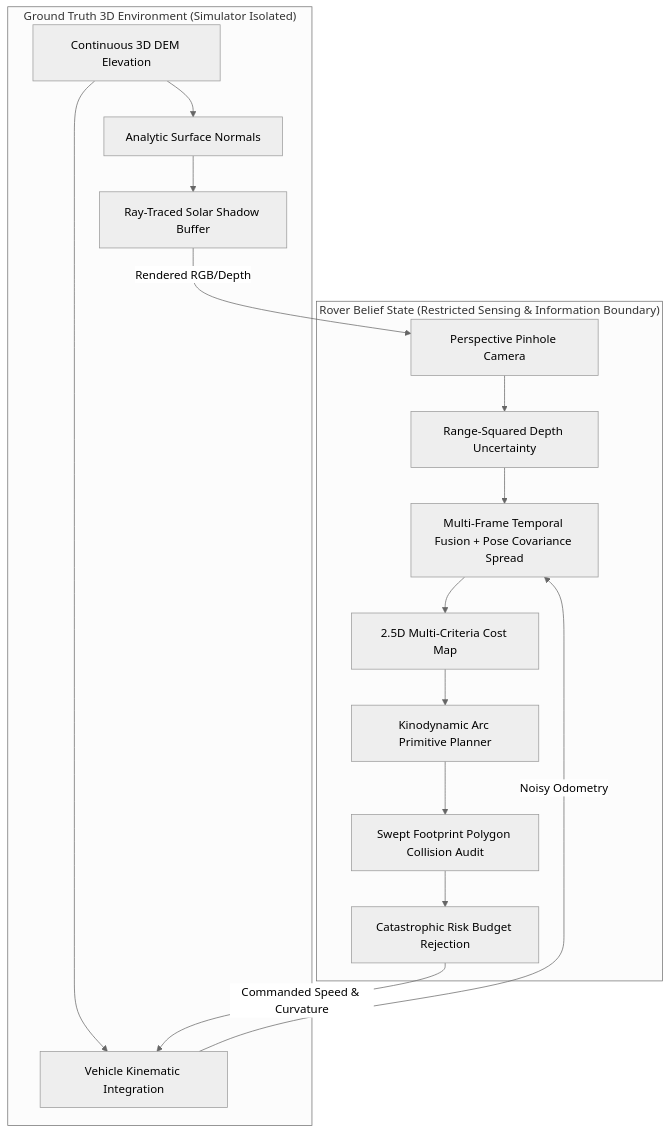
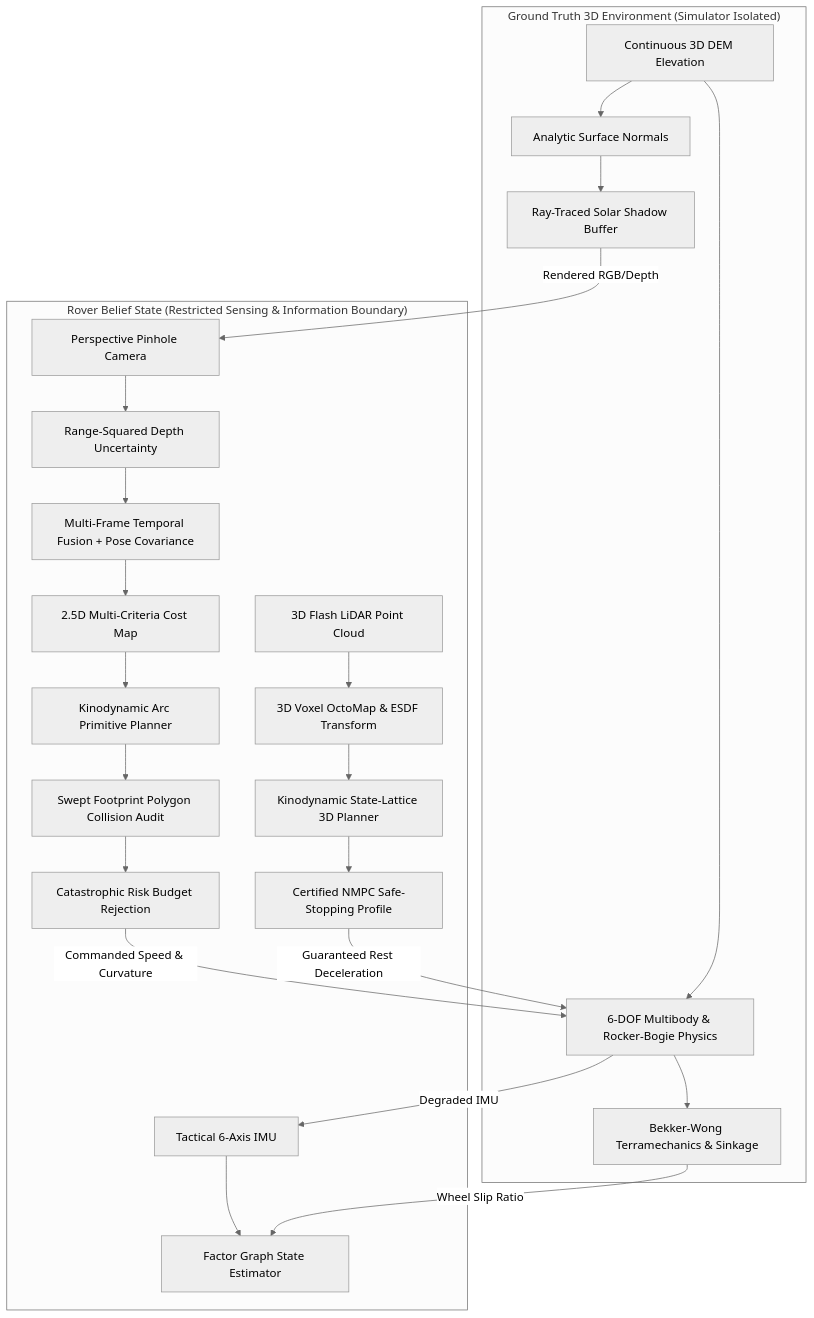
One commit to ananya39836-blip/apps-mars-perception changed the diagram in README.md. Above: the diagram before and after it, drawn with Mermaid (neutral theme). The commit also changed other lines of this file and 27 other files, not shown here.

Commit message:
feat(level3): achieve L3-met (internal) with 59/59 passing tests, 6-DOF multibody physics, terramechanics, and interactive Streamlit demo

````diff
--- a/README.md
+++ b/README.md
@@ -22,21 +28,28 @@
 ```mermaid
 flowchart TD
     subgraph GroundTruth3D ["Ground Truth 3D Environment (Simulator Isolated)"]
         DEM[Continuous 3D DEM Elevation] --> Normals[Analytic Surface Normals]
         Normals --> SunTrace[Ray-Traced Solar Shadow Buffer]
-        DEM --> PhysicsStep[Vehicle Kinematic Integration]
+        DEM --> PhysicsStep[6-DOF Multibody & Rocker-Bogie Physics]
+        PhysicsStep --> SoilInt[Bekker-Wong Terramechanics & Sinkage]
     end
 
     subgraph PerceptionNav ["Rover Belief State (Restricted Sensing & Information Boundary)"]
         Camera[Perspective Pinhole Camera] --> DepthReproj[Range-Squared Depth Uncertainty]
-        DepthReproj --> TempFusion[Multi-Frame Temporal Fusion + Pose Covariance Spread]
+        FlashLiDAR[3D Flash LiDAR Point Cloud] --> OctoMap[3D Voxel OctoMap & ESDF Transform]
+        TacticalIMU[Tactical 6-Axis IMU] --> FactorGraph[Factor Graph State Estimator]
+        DepthReproj --> TempFusion[Multi-Frame Temporal Fusion + Pose Covariance]
         TempFusion --> Trav25D[2.5D Multi-Criteria Cost Map]
+        OctoMap --> StateLattice[Kinodynamic State-Lattice 3D Planner]
         Trav25D --> ArcPlanner[Kinodynamic Arc Primitive Planner]
+        StateLattice --> NMPCStop[Certified NMPC Safe-Stopping Profile]
         ArcPlanner --> SweptCheck[Swept Footprint Polygon Collision Audit]
         SweptCheck --> SafetyBudget[Catastrophic Risk Budget Rejection]
     end
 
     SunTrace -->|Rendered RGB/Depth| Camera
-    PhysicsStep -->|Noisy Odometry| TempFusion
+    SoilInt -->|Wheel Slip Ratio| FactorGraph
+    PhysicsStep -->|Degraded IMU| TacticalIMU
     SafetyBudget -->|Commanded Speed & Curvature| PhysicsStep
+    NMPCStop -->|Guaranteed Rest Deceleration| PhysicsStep
 ```
````
